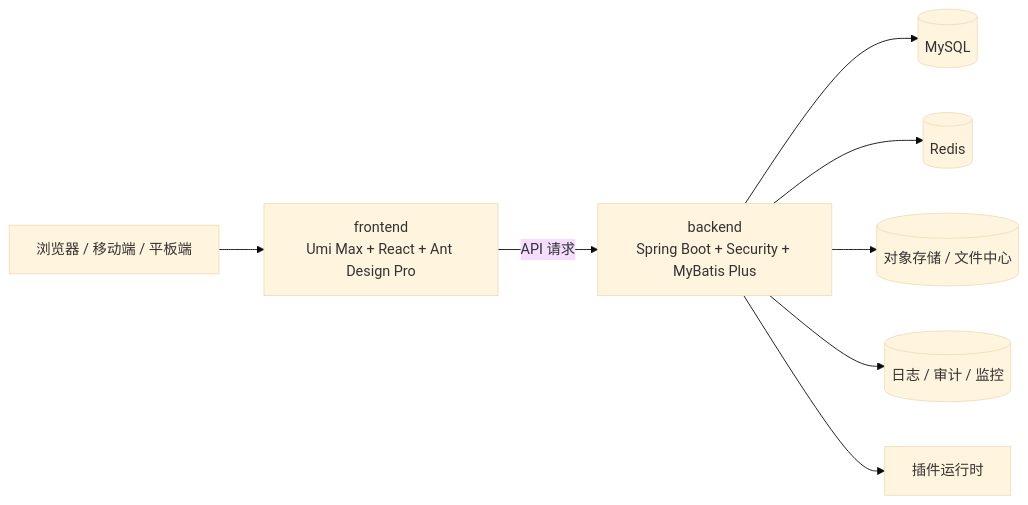
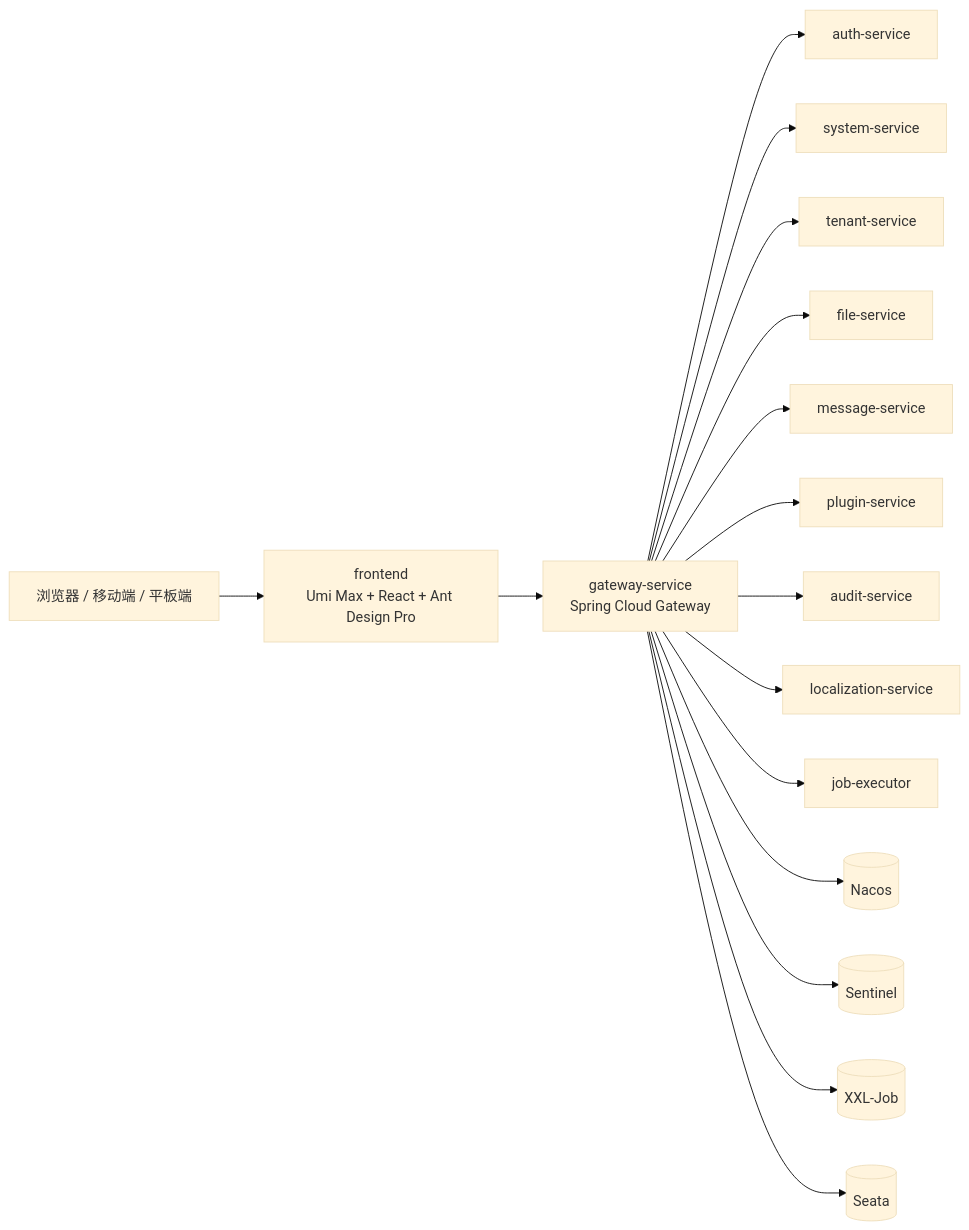
Before and after one commit to Elexvx/Lumira: the diagram in README.md, drawn with Mermaid (base theme). The commit also changed other lines of this file and 458 other files, not shown here.

Commit message:
Add Sentinel traffic protection to gateway and backend

````diff
--- a/README.md
+++ b/README.md
@@ -52,10 +63,18 @@
 ```mermaid
 flowchart LR
   U[浏览器 / 移动端 / 平板端] --> F[frontend<br/>Umi Max + React + Ant Design Pro]
-  F -->|API 请求| B[backend<br/>Spring Boot + Security + MyBatis Plus]
-  B --> M[(MySQL)]
-  B --> R[(Redis)]
-  B --> S[(对象存储 / 文件中心)]
-  B --> L[(日志 / 审计 / 监控)]
-  B --> P[插件运行时]
+  F --> G[gateway-service<br/>Spring Cloud Gateway]
+  G --> A[auth-service]
+  G --> S[system-service]
+  G --> T[tenant-service]
+  G --> Fi[file-service]
+  G --> M[message-service]
+  G --> P[plugin-service]
+  G --> Au[audit-service]
+  G --> L[localization-service]
+  G --> J[job-executor]
+  G --> N[(Nacos)]
+  G --> Se[(Sentinel)]
+  G --> X[(XXL-Job)]
+  G --> Sa[(Seata)]
 ```
````
